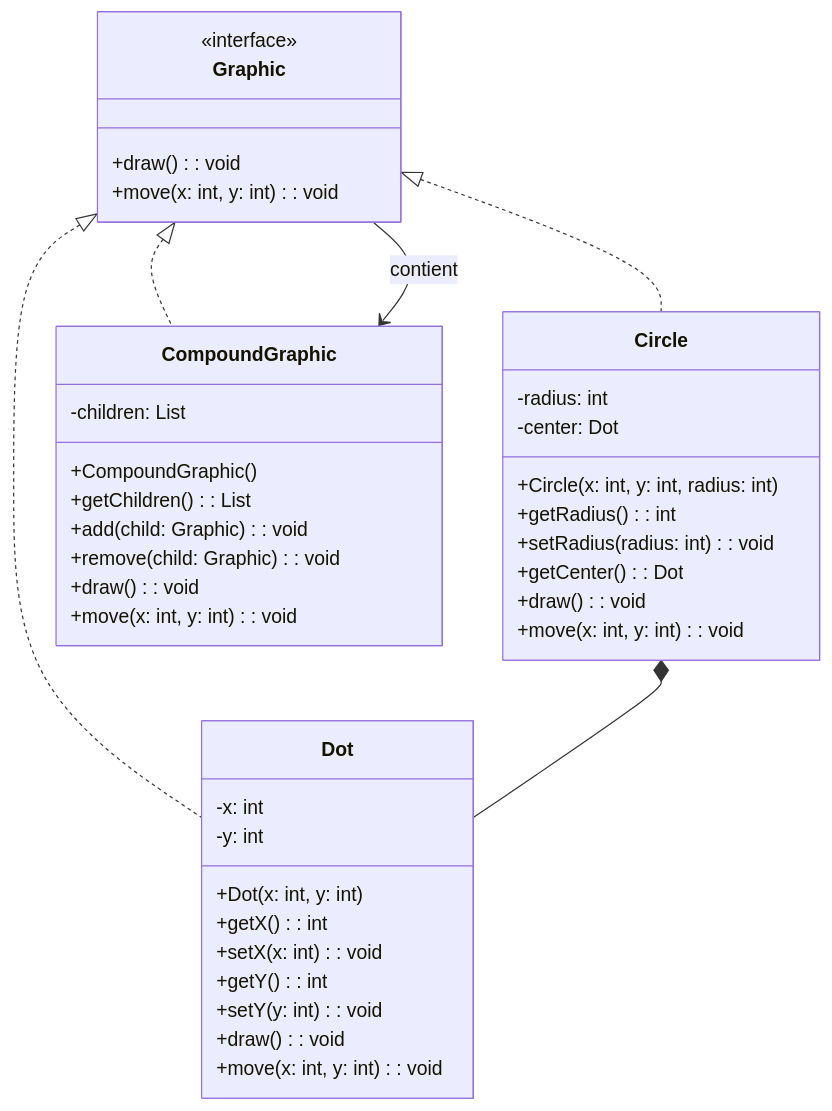
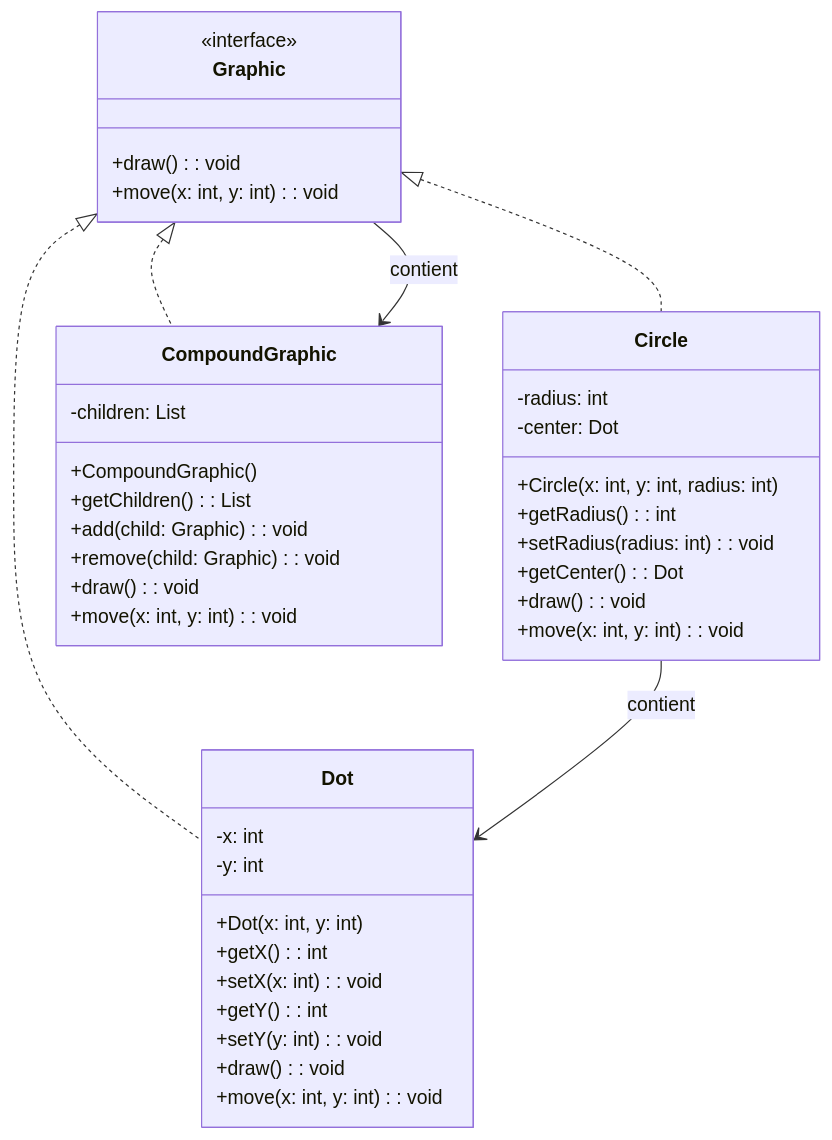
One commit to ophenix-maisonneuve/420-930-ma-site-web changed the diagram in _notes/patterns/structure/pattern-composite.md. Above: the diagram before and after it, drawn with Mermaid.

Commit message:
correction mineure diagramme classes composite

````diff
--- a/_notes/patterns/structure/pattern-composite.md
+++ b/_notes/patterns/structure/pattern-composite.md
@@ -28,43 +28,43 @@
 ```mermaid
 classDiagram
 class Graphic {
   <<interface>>
   +draw(): void
   +move(x: int, y: int): void
 }
 Graphic <|.. Dot
 Graphic <|.. Circle
 Graphic <|.. CompoundGraphic
 class Dot {
   -x: int
   -y: int
   +Dot(x: int, y: int)
   +getX(): int
   +setX(x: int): void
   +getY(): int
   +setY(y: int): void
   +draw(): void
   +move(x: int, y: int): void
 }
 class Circle {
   -radius: int
   -center: Dot
   +Circle(x: int, y: int, radius: int)
   +getRadius(): int
   +setRadius(radius: int): void
   +getCenter(): Dot
   +draw(): void
   +move(x: int, y: int): void
 }
 class CompoundGraphic {
   -children: List<Graphic>
   +CompoundGraphic()
   +getChildren(): List<Graphic>
   +add(child: Graphic): void
   +remove(child: Graphic): void
   +draw(): void
   +move(x: int, y: int): void
 }
 CompoundGraphic <-- Graphic : contient
-Circle *-- Dot
+Circle --> Dot : contient
 ```
````
